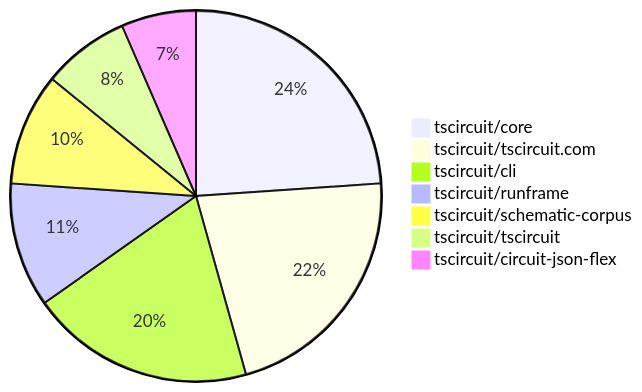
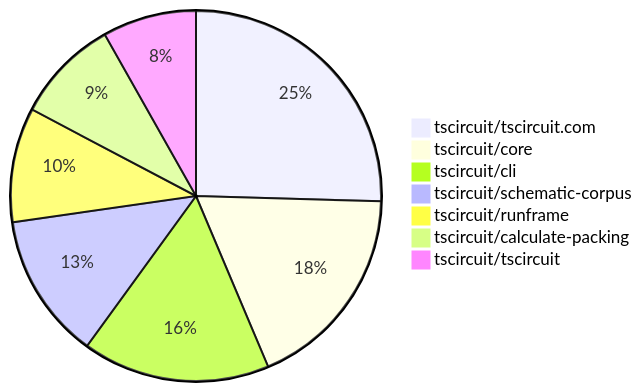
Before and after one commit to tscircuit/contribution-tracker: the second of 2 diagrams in README.md, drawn with Mermaid. The commit also changed other lines of this file and 3 other files, not shown here.

````diff
--- a/README.md
+++ b/README.md
@@ -106,10 +109,10 @@
 ```mermaid
 pie
-    "tscircuit/core" : 22
-    "tscircuit/tscircuit.com" : 20
+    "tscircuit/tscircuit.com" : 28
+    "tscircuit/core" : 20
     "tscircuit/cli" : 18
-    "tscircuit/runframe" : 10
-    "tscircuit/schematic-corpus" : 9
-    "tscircuit/tscircuit" : 7
-    "tscircuit/circuit-json-flex" : 6
+    "tscircuit/schematic-corpus" : 14
+    "tscircuit/runframe" : 11
+    "tscircuit/calculate-packing" : 10
+    "tscircuit/tscircuit" : 9
 ```
````
